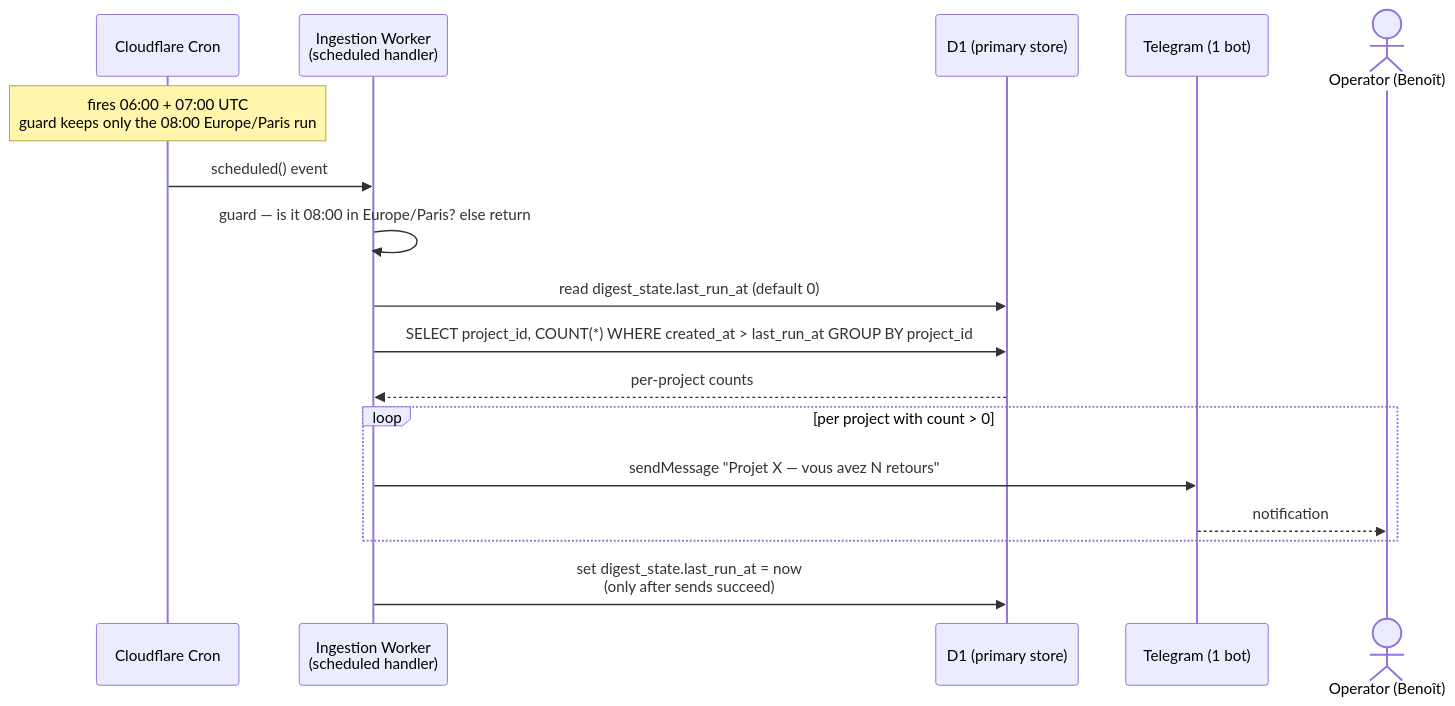
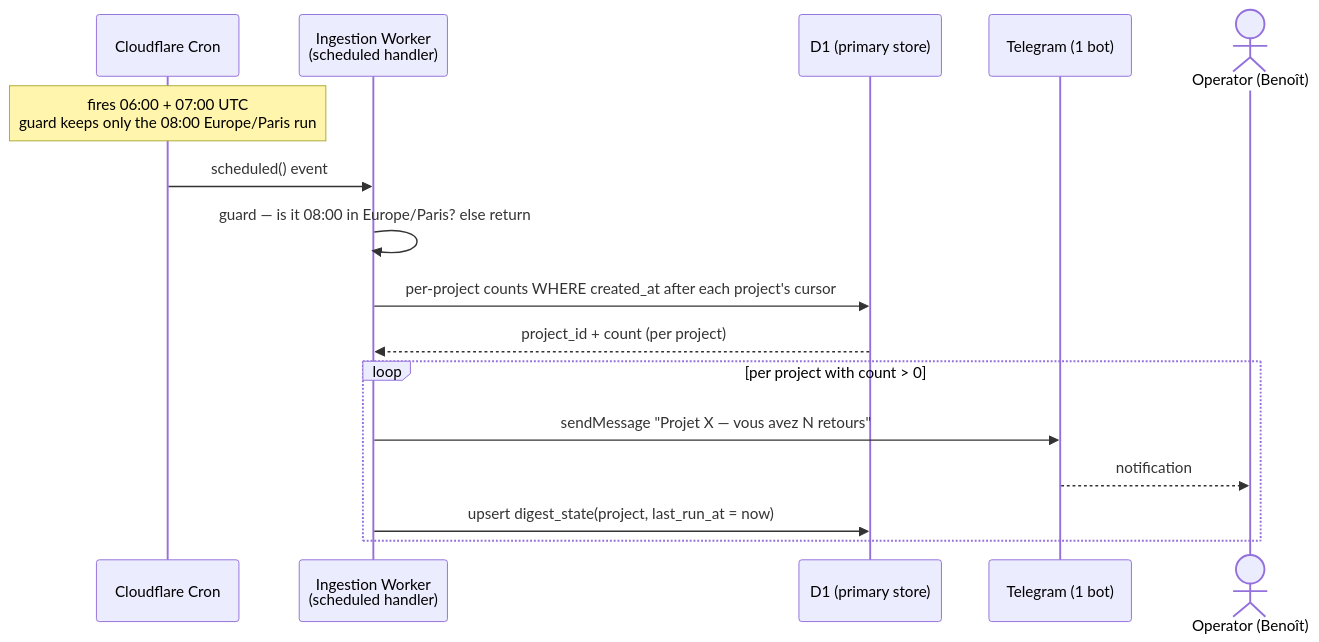
One commit to benoit-bremaud/feedback-widget changed the diagram in docs/architecture/diagrams/feedback-pipeline/04-sequence-digest.md. Above: the diagram before and after it, drawn with Mermaid. The commit also changed other lines of this file and 1 other file, not shown here.

First line of the commit message:
docs(feedback-digest): per-project cursor to avoid duplicate digests

````diff
--- a/docs/architecture/diagrams/feedback-pipeline/04-sequence-digest.md
+++ b/docs/architecture/diagrams/feedback-pipeline/04-sequence-digest.md
@@ -27,20 +27,19 @@
 ```mermaid
 sequenceDiagram
   participant Cron as Cloudflare Cron
   participant W as Ingestion Worker<br/>(scheduled handler)
   participant D1 as D1 (primary store)
   participant TG as Telegram (1 bot)
   actor O as Operator (Benoît)
 
   Note over Cron: fires 06:00 + 07:00 UTC<br/>guard keeps only the 08:00 Europe/Paris run
   Cron->>W: scheduled() event
   W->>W: guard — is it 08:00 in Europe/Paris? else return
-  W->>D1: read digest_state.last_run_at (default 0)
-  W->>D1: SELECT project_id, COUNT(*) WHERE created_at > last_run_at GROUP BY project_id
-  D1-->>W: per-project counts
+  W->>D1: per-project counts WHERE created_at after each project's cursor
+  D1-->>W: project_id + count (per project)
   loop per project with count > 0
     W->>TG: sendMessage "Projet X — vous avez N retours"
     TG-->>O: notification
+    W->>D1: upsert digest_state(project, last_run_at = now)
   end
-  W->>D1: set digest_state.last_run_at = now<br/>(only after sends succeed)
 ```
````
